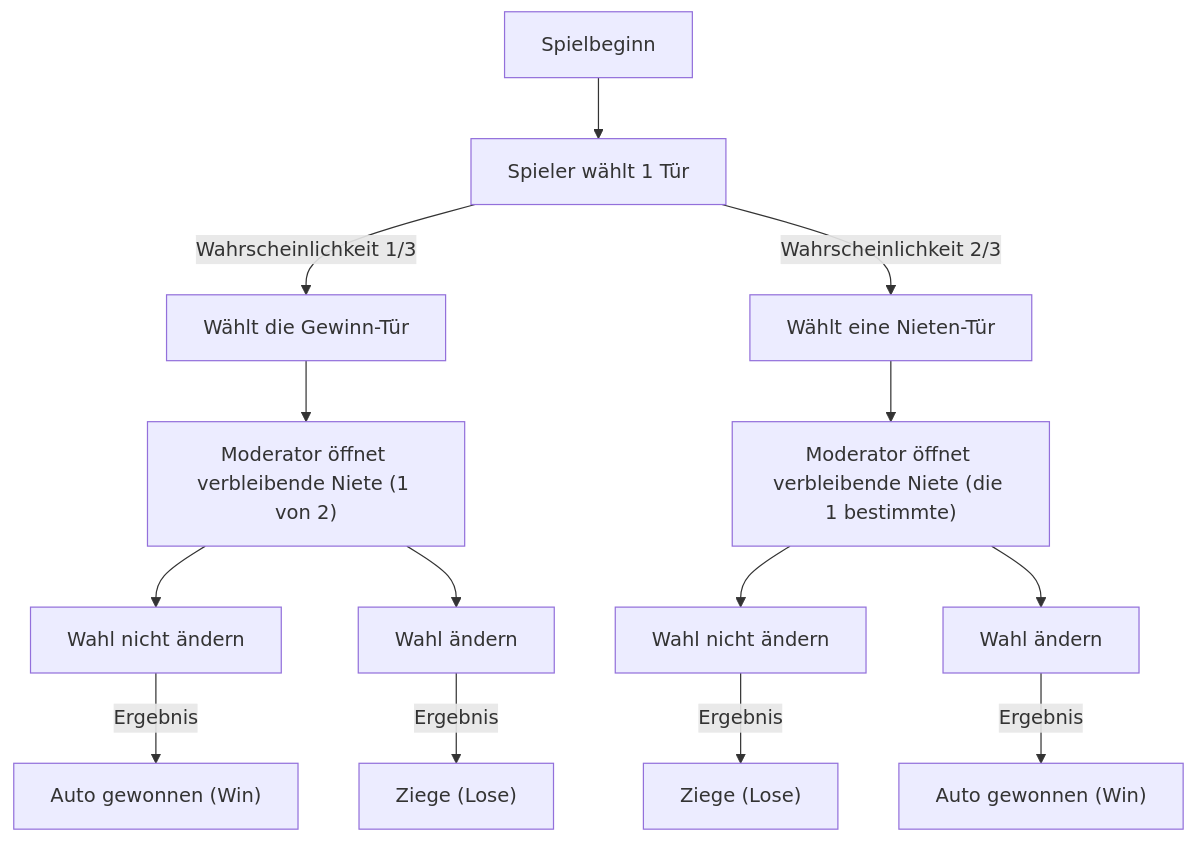
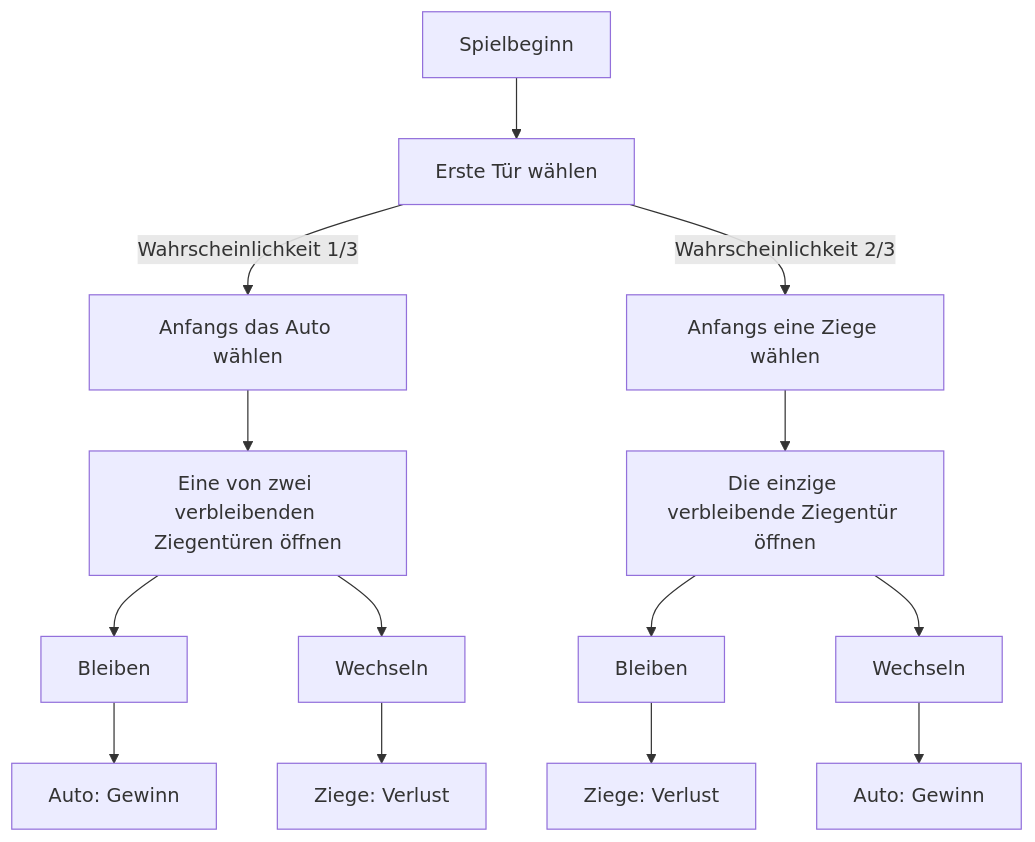
The first of 2 diagrams in content/post/paradox-monty-hall-problem/index.de.md (kenjinote/blog), drawn with Mermaid before and after one commit. The commit also changed other lines of this file and 8 other files, not shown here.

````diff
--- a/content/post/paradox-monty-hall-problem/index.de.md
+++ b/content/post/paradox-monty-hall-problem/index.de.md
@@ -97,21 +53,16 @@
 ```mermaid
 flowchart TD
-    Start["Spielbeginn"] --> Choose["Spieler wählt 1 Tür"]
-    Choose -- "Wahrscheinlichkeit 1/3" --> ChooseCar["Wählt die Gewinn-Tür"]
-    Choose -- "Wahrscheinlichkeit 2/3" --> ChooseGoat["Wählt eine Nieten-Tür"]
-    
-    ChooseCar --> MontyOpensGoat1["Moderator öffnet verbleibende Niete (1 von 2)"]
-    ChooseGoat --> MontyOpensGoat2["Moderator öffnet verbleibende Niete (die 1 bestimmte)"]
-    
-    MontyOpensGoat1 --> Stay1["Wahl nicht ändern"]
-    MontyOpensGoat1 --> Switch1["Wahl ändern"]
-    
-    MontyOpensGoat2 --> Stay2["Wahl nicht ändern"]
-    MontyOpensGoat2 --> Switch2["Wahl ändern"]
-    
-    Stay1 -- "Ergebnis" --> Win1["Auto gewonnen (Win)"]
-    Switch1 -- "Ergebnis" --> Lose1["Ziege (Lose)"]
-    
-    Stay2 -- "Ergebnis" --> Lose2["Ziege (Lose)"]
-    Switch2 -- "Ergebnis" --> Win2["Auto gewonnen (Win)"]
+    Start["Spielbeginn"] --> Choose["Erste Tür wählen"]
+    Choose -- "Wahrscheinlichkeit 1/3" --> ChooseCar["Anfangs das Auto wählen"]
+    Choose -- "Wahrscheinlichkeit 2/3" --> ChooseGoat["Anfangs eine Ziege wählen"]
+    ChooseCar --> MontyOpensGoat1["Eine von zwei verbleibenden Ziegentüren öffnen"]
+    ChooseGoat --> MontyOpensGoat2["Die einzige verbleibende Ziegentür öffnen"]
+    MontyOpensGoat1 --> Stay1["Bleiben"]
+    MontyOpensGoat1 --> Switch1["Wechseln"]
+    MontyOpensGoat2 --> Stay2["Bleiben"]
+    MontyOpensGoat2 --> Switch2["Wechseln"]
+    Stay1 --> Win1["Auto: Gewinn"]
+    Switch1 --> Lose1["Ziege: Verlust"]
+    Stay2 --> Lose2["Ziege: Verlust"]
+    Switch2 --> Win2["Auto: Gewinn"]
 ```
````
